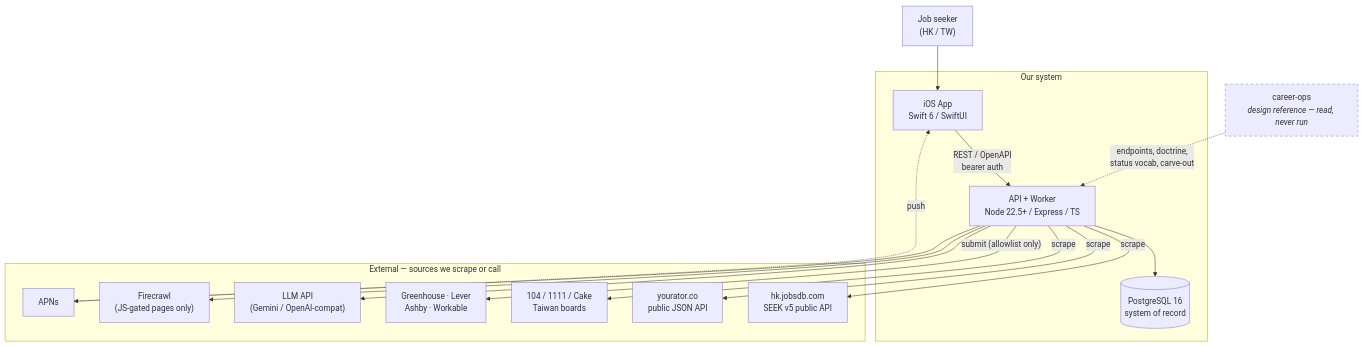
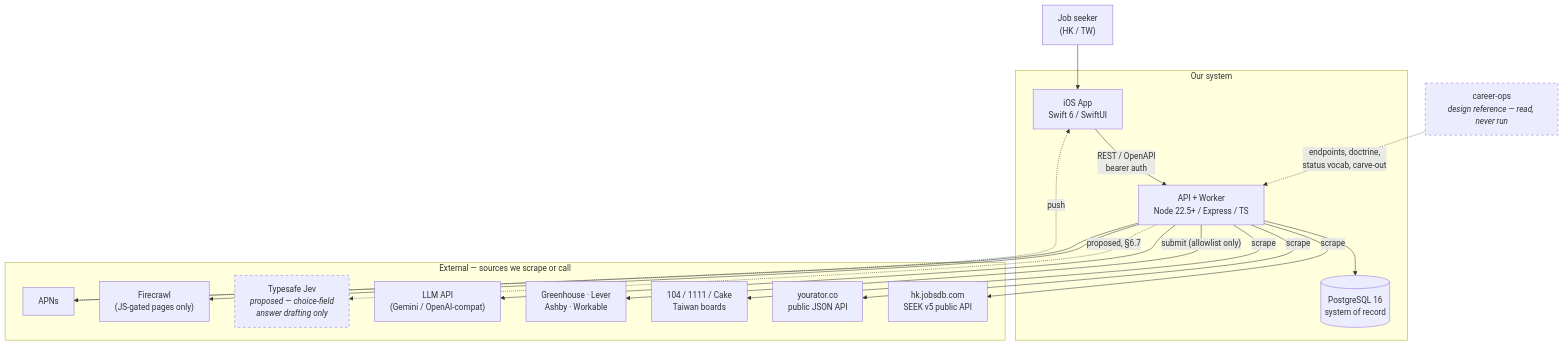
One commit to bryanmak1011/fyndra changed the first of 5 diagrams in specs/001-job-swipe-apply/SDD.md. Above: the diagram before and after it, drawn with Mermaid. The commit also changed other lines of this file and 6 other files, not shown here.

Commit message:
feat: implement ChoiceClient for structured answer drafting in apply/prefill.ts

````diff
--- a/specs/001-job-swipe-apply/SDD.md
+++ b/specs/001-job-swipe-apply/SDD.md
@@ -77,34 +77,37 @@
 ```mermaid
 graph TB
     U["Job seeker<br/>(HK / TW)"]
     subgraph ours["Our system"]
         IOS["iOS App<br/>Swift 6 / SwiftUI"]
         API["API + Worker<br/>Node 22.5+ / Express / TS"]
         DB[("PostgreSQL 16<br/>system of record")]
     end
     subgraph ext["External — sources we scrape or call"]
         JD["hk.jobsdb.com<br/>SEEK v5 public API"]
         YO["yourator.co<br/>public JSON API"]
         TW["104 / 1111 / Cake<br/>Taiwan boards"]
         ATSF["Greenhouse · Lever<br/>Ashby · Workable"]
         LLM["LLM API<br/>(Gemini / OpenAI-compat)"]
+        JEV["Typesafe Jev<br/><i>proposed — choice-field<br/>answer drafting only</i>"]
         FC["Firecrawl<br/>(JS-gated pages only)"]
         APNS["APNs"]
     end
     CO["career-ops<br/><i>design reference — read, never run</i>"]
 
     U --> IOS
     IOS -->|"REST / OpenAPI<br/>bearer auth"| API
     API --> DB
     API -->|scrape| JD
     API -->|scrape| YO
     API -->|scrape| TW
     API -->|"submit (allowlist only)"| ATSF
     API --> LLM
+    API -.->|"proposed, §6.7"| JEV
     API --> FC
     API --> APNS
     APNS -.->|push| IOS
     CO -.->|"endpoints, doctrine,<br/>status vocab, carve-out"| API
 
     style CO stroke-dasharray: 5 5
+    style JEV stroke-dasharray: 5 5
 ```
````
